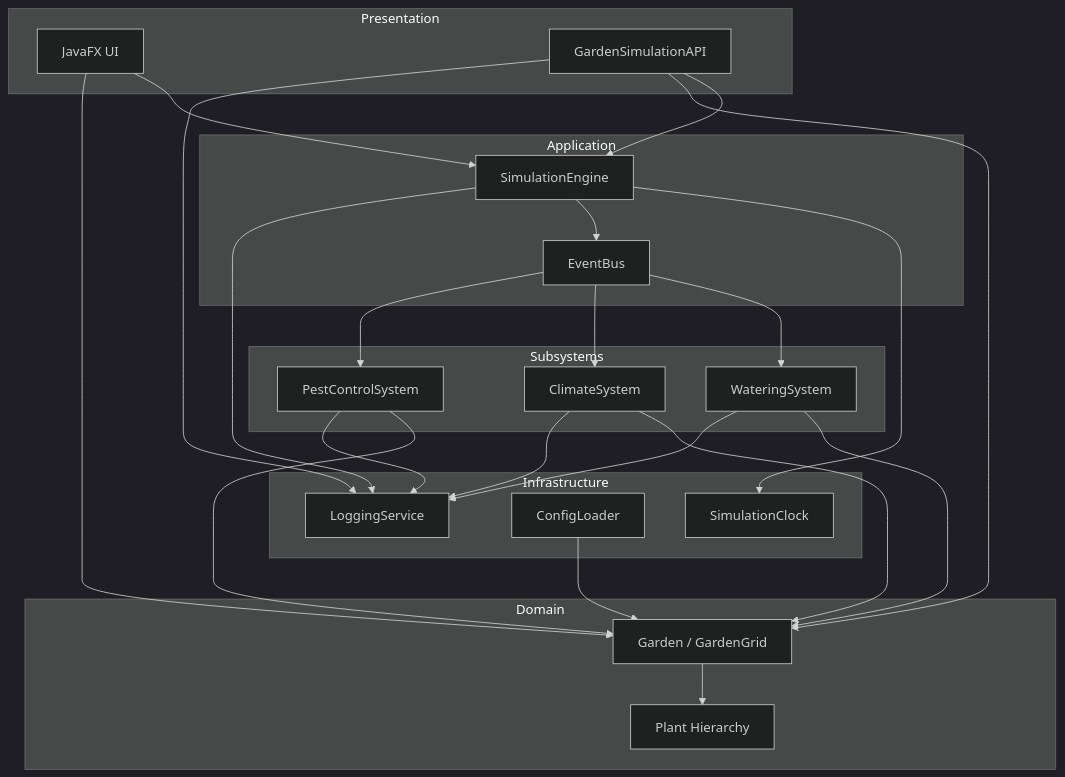
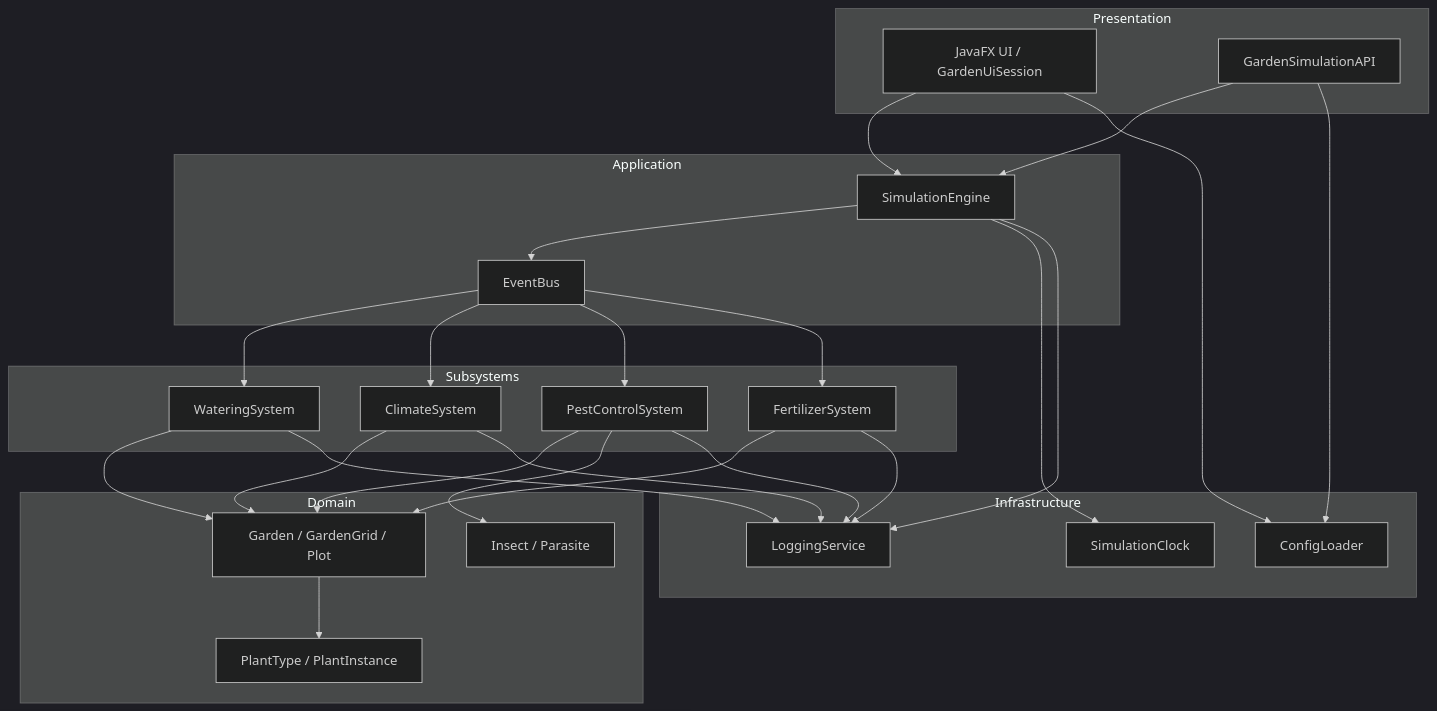
The second of 8 diagrams in docs/02-uml-design.md (Calvingo/CSEN275_final_project), drawn with Mermaid (dark theme) before and after one commit. The commit also changed other lines of this file, not shown here.

Commit message:
Update UML design doc to match implementation

````diff
--- a/docs/02-uml-design.md
+++ b/docs/02-uml-design.md
@@ -53,52 +59,57 @@
 ```mermaid
 flowchart TB
     subgraph Presentation
-        JavaFX[JavaFX UI]
+        UI[JavaFX UI / GardenUiSession]
         API[GardenSimulationAPI]
     end
 
     subgraph Application
-        SimEngine[SimulationEngine]
+        Engine[SimulationEngine]
         EventBus[EventBus]
     end
 
-    subgraph Domain
-        Garden[Garden / GardenGrid]
-        Plants[Plant Hierarchy]
-    end
-
     subgraph Subsystems
-        Water[WateringSystem]
+        Watering[WateringSystem]
         Climate[ClimateSystem]
-        PestCtrl[PestControlSystem]
+        Pest[PestControlSystem]
+        Fertilizer[FertilizerSystem]
     end
 
     subgraph Infrastructure
-        Log[LoggingService]
+        Logger[LoggingService]
         Config[ConfigLoader]
         Clock[SimulationClock]
     end
 
-    JavaFX --> SimEngine
-    JavaFX --> Garden
-    API --> SimEngine
-    API --> Garden
-    API --> Log
+    subgraph Domain
+        Garden[Garden / GardenGrid / Plot]
+        Plants[PlantType / PlantInstance]
+        Insects[Insect / Parasite]
+    end
 
-    SimEngine --> Clock
-    SimEngine --> EventBus
-    EventBus --> Water
+    UI --> Engine
+    API --> Engine
+    UI --> Config
+    API --> Config
+
+    Engine --> EventBus
+    Engine --> Clock
+    EventBus --> Watering
     EventBus --> Climate
-    EventBus --> PestCtrl
+    EventBus --> Pest
+    EventBus --> Fertilizer
 
-    Water --> Garden
+    Watering --> Garden
     Climate --> Garden
-    PestCtrl --> Garden
+    Pest --> Garden
+    Fertilizer --> Garden
+
     Garden --> Plants
+    Pest --> Insects
 
-    Config --> Garden
-    Water --> Log
-    Climate --> Log
-    PestCtrl --> Log
-    SimEngine --> Log
+    Engine --> Logger
+    Watering --> Logger
+    Climate --> Logger
+    Pest --> Logger
+    Fertilizer --> Logger
 ```
````
